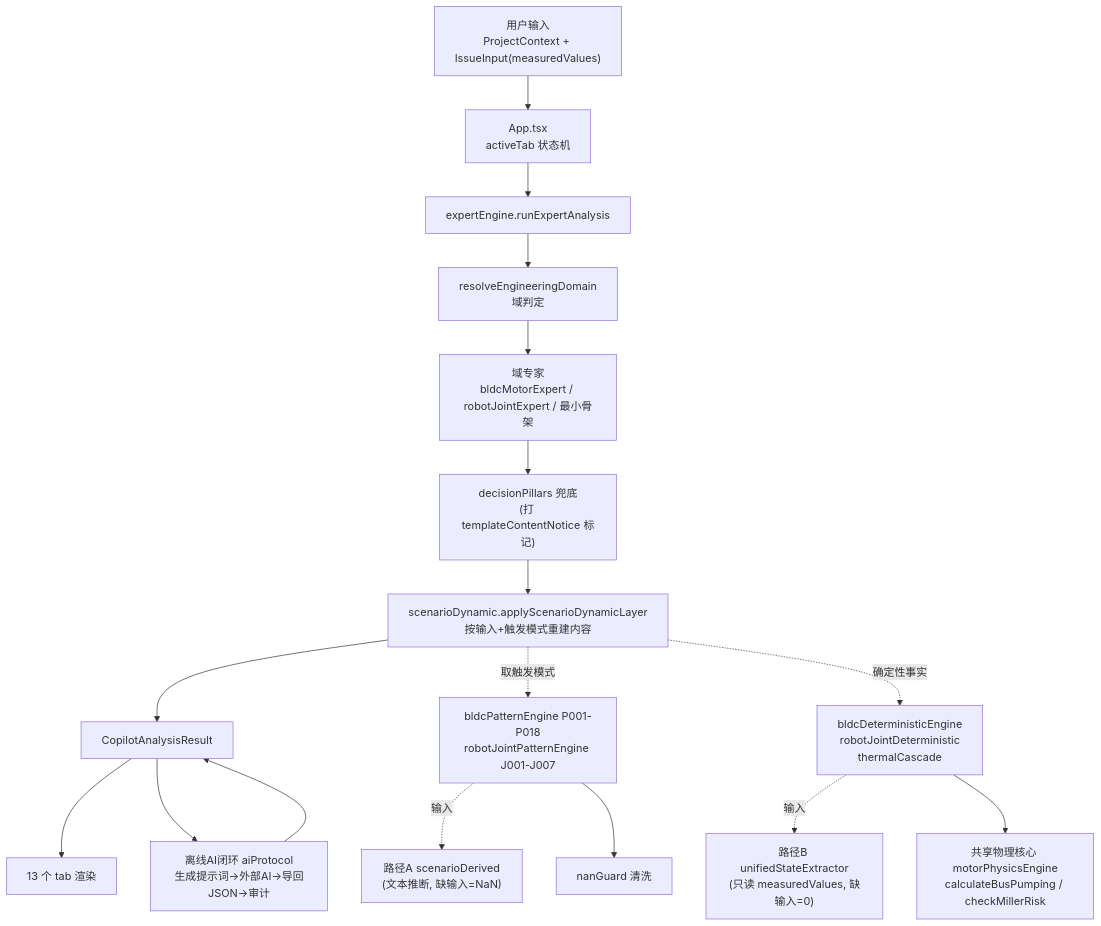
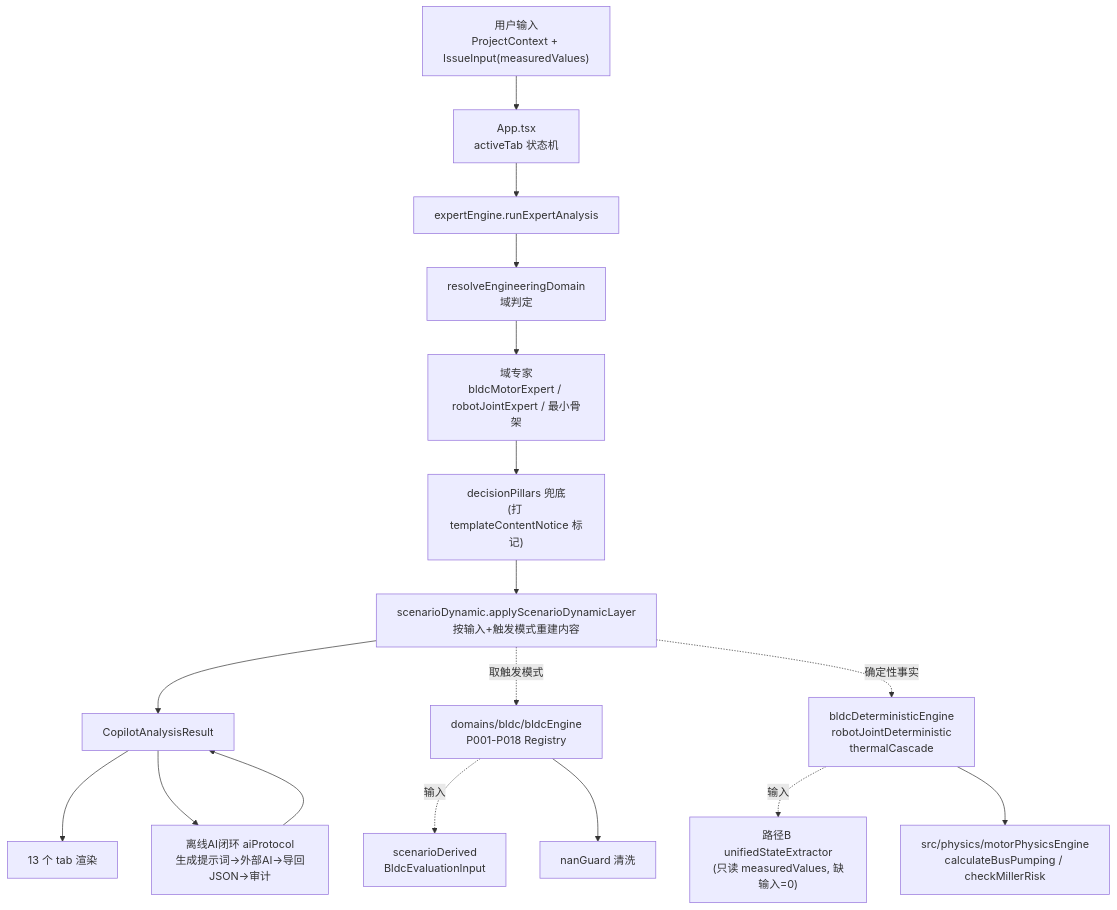
The diagram in ARCHITECTURE.md (sunt26117-cmyk/backHW), drawn with Mermaid before and after one commit. The commit also changed other lines of this file and 75 other files, not shown here.

First line of the commit message:
feat(domains): modular BLDC refactor + pattern policy B (assumption-based keeps triggered, no veto)

````diff
--- a/ARCHITECTURE.md
+++ b/ARCHITECTURE.md
@@ -65,21 +67,21 @@
 ```mermaid
 flowchart TD
   In["用户输入\nProjectContext + IssueInput(measuredValues)"] --> App["App.tsx\nactiveTab 状态机"]
   App --> RE["expertEngine.runExpertAnalysis"]
   RE --> D1["resolveEngineeringDomain\n域判定"]
   D1 --> EXP["域专家\nbldcMotorExpert / robotJointExpert / 最小骨架"]
   EXP --> PIL["decisionPillars 兜底\n(打 templateContentNotice 标记)"]
   PIL --> DYN["scenarioDynamic.applyScenarioDynamicLayer\n按输入+触发模式重建内容"]
   DYN --> RES["CopilotAnalysisResult"]
   RES --> Views["13 个 tab 渲染"]
 
-  DYN -. 取触发模式 .-> PAT["bldcPatternEngine P001-P018\nrobotJointPatternEngine J001-J007"]
-  PAT -. 输入 .-> DER["路径A scenarioDerived\n(文本推断, 缺输入=NaN)"]
+  DYN -. 取触发模式 .-> PAT["domains/bldc/bldcEngine\nP001-P018 Registry"]
+  PAT -. 输入 .-> DER["scenarioDerived\nBldcEvaluationInput"]
   PAT --> NG["nanGuard 清洗"]
   DYN -. 确定性事实 .-> DET["bldcDeterministicEngine\nrobotJointDeterministic\nthermalCascade"]
   DET -. 输入 .-> EXT["路径B unifiedStateExtractor\n(只读 measuredValues, 缺输入=0)"]
-  DET --> MP["共享物理核心 motorPhysicsEngine\ncalculateBusPumping / checkMillerRisk"]
+  DET --> MP["src/physics/motorPhysicsEngine\ncalculateBusPumping / checkMillerRisk"]
 
   RES --> AI["离线AI闭环 aiProtocol\n生成提示词→外部AI→导回JSON→审计"]
   AI --> RES
 ```
````
